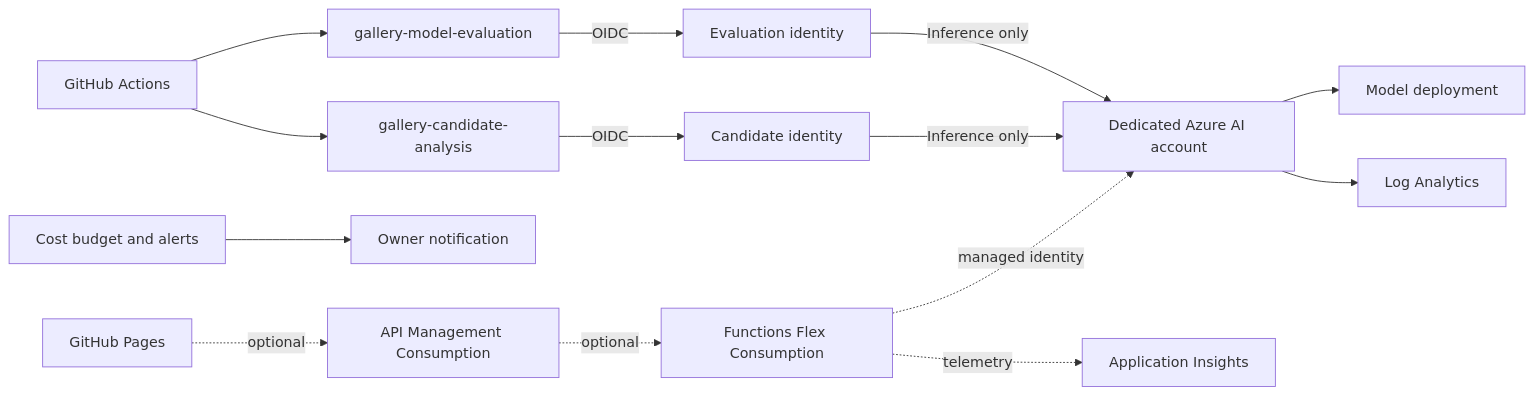
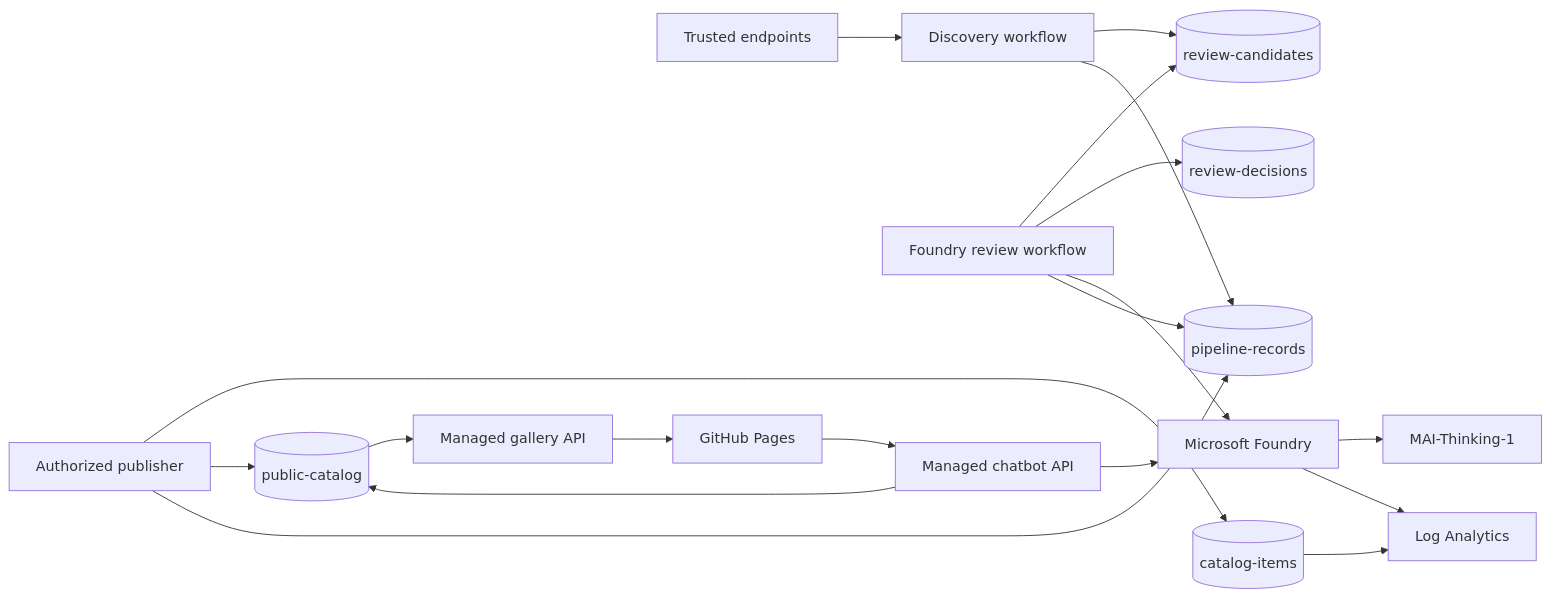
One commit to jaydestro/gallery changed the diagram in docs/azure-implementation-plan.md. Above: the diagram before and after it, drawn with Mermaid. The commit also changed other lines of this file and 109 other files, not shown here.

Commit message:
feat: deploy Azure gallery foundation

````diff
--- a/docs/azure-implementation-plan.md
+++ b/docs/azure-implementation-plan.md
@@ -33,17 +44,21 @@
 ```mermaid
 flowchart LR
-    GH[GitHub Actions] --> ENV1[gallery-model-evaluation]
-    GH --> ENV2[gallery-candidate-analysis]
-    ENV1 -->|OIDC| ID1[Evaluation identity]
-    ENV2 -->|OIDC| ID2[Candidate identity]
-    ID1 -->|Inference only| AOAI[Dedicated Azure AI account]
-    ID2 -->|Inference only| AOAI
-    AOAI --> MODEL[Model deployment]
-    AOAI --> LAW[Log Analytics]
-    BUDGET[Cost budget and alerts] --> OWNER[Owner notification]
-
-    PAGES[GitHub Pages] -. optional .-> APIM[API Management Consumption]
-    APIM -. optional .-> FUNC[Functions Flex Consumption]
-    FUNC -. managed identity .-> AOAI
-    FUNC -. telemetry .-> APPINSIGHTS[Application Insights]
+   SOURCES[Trusted endpoints] --> DISCOVERY[Discovery workflow]
+   DISCOVERY --> CANDIDATES[(review-candidates)]
+   REVIEWER[Foundry review workflow] --> CANDIDATES
+   REVIEWER --> DECISIONS[(review-decisions)]
+   REVIEWER --> FOUNDRY[Microsoft Foundry]
+   FOUNDRY --> MODEL[MAI-Thinking-1]
+   PUBLISHER[Authorized publisher] --> CATALOG[(catalog-items)]
+   PUBLISHER --> PUBLIC[(public-catalog)]
+   DISCOVERY --> AUDIT[(pipeline-records)]
+   REVIEWER --> AUDIT
+   PUBLISHER --> AUDIT
+   PUBLIC --> API[Managed gallery API]
+   API --> PAGES[GitHub Pages]
+   PAGES --> CHATAPI[Managed chatbot API]
+   CHATAPI --> PUBLIC
+   CHATAPI --> FOUNDRY
+   CATALOG --> LAW[Log Analytics]
+   FOUNDRY --> LAW
 ```
````
